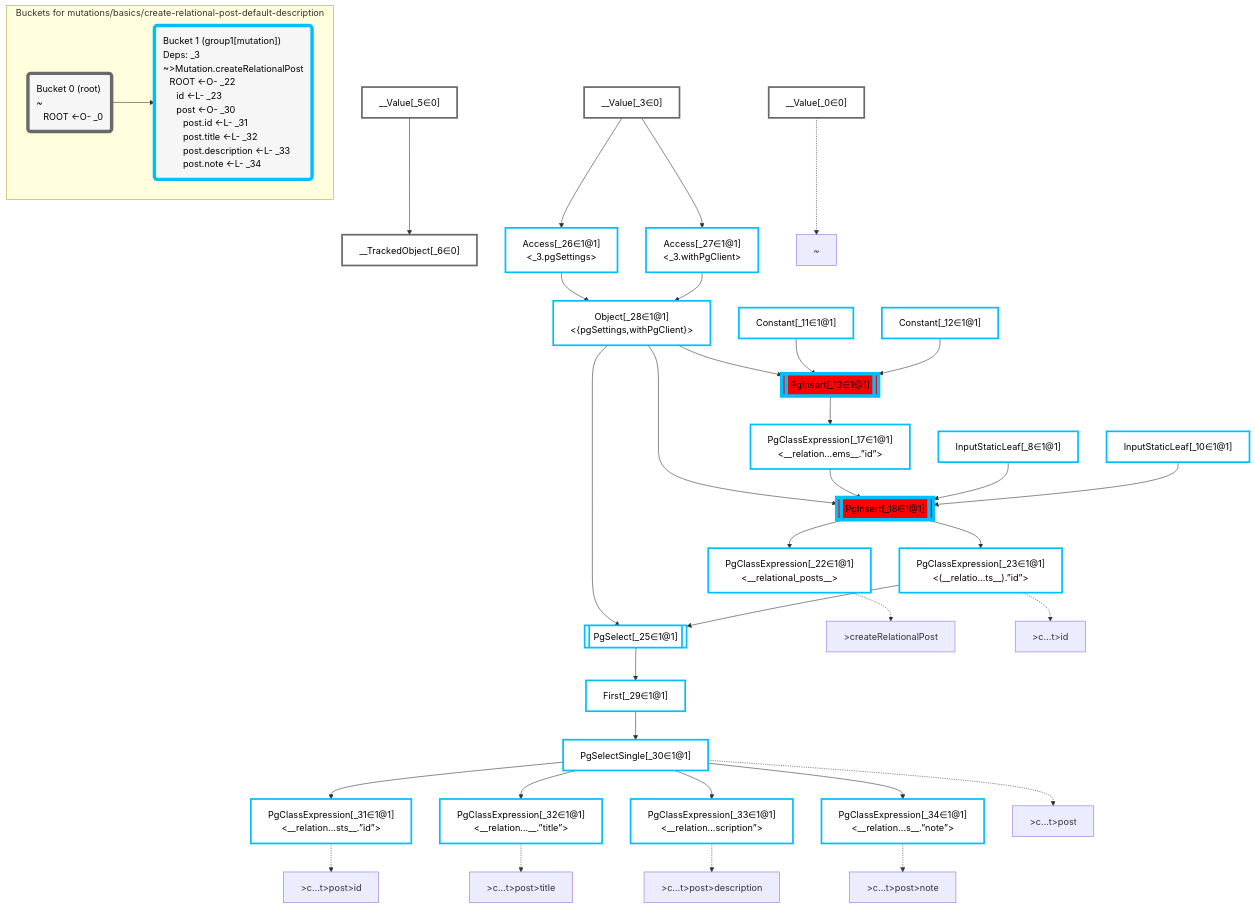
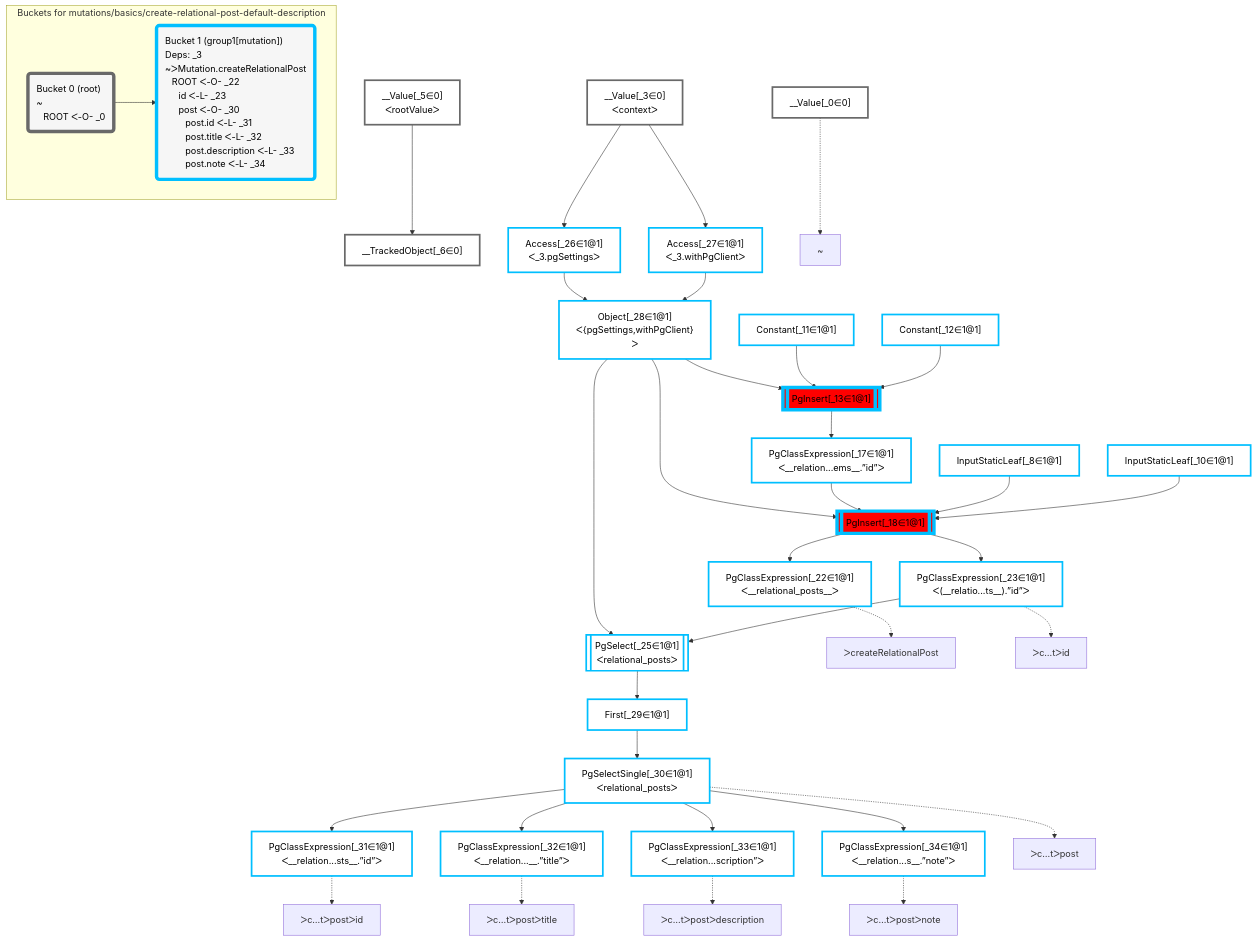
Before and after one commit to graphile/crystal: the diagram in packages/dataplan-pg/__tests__/mutations/basics/create-relational-post-default-description.deopt.mermaid.md, drawn with Mermaid. The commit also changed 195 other files, not shown here.

```diff
--- a/packages/dataplan-pg/__tests__/mutations/basics/create-relational-post-default-description.deopt.mermaid.md
+++ b/packages/dataplan-pg/__tests__/mutations/basics/create-relational-post-default-description.deopt.mermaid.md
@@ -9,28 +9,28 @@
 
     %% define plans
     __Value_0["__Value[_0∈0]"]:::plan
-    __Value_3["__Value[_3∈0]<br /><context>"]:::plan
-    __Value_5["__Value[_5∈0]<br /><rootValue>"]:::plan
+    __Value_3["__Value[_3∈0]<br />ᐸcontextᐳ"]:::plan
+    __Value_5["__Value[_5∈0]<br />ᐸrootValueᐳ"]:::plan
     __TrackedObject_6["__TrackedObject[_6∈0]"]:::plan
     InputStaticLeaf_8["InputStaticLeaf[_8∈1@1]"]:::plan
     InputStaticLeaf_10["InputStaticLeaf[_10∈1@1]"]:::plan
     Constant_11["Constant[_11∈1@1]"]:::plan
     Constant_12["Constant[_12∈1@1]"]:::plan
     PgInsert_13[["PgInsert[_13∈1@1]"]]:::sideeffectplan
-    PgClassExpression_17["PgClassExpression[_17∈1@1]<br /><__relation...ems__.”id”>"]:::plan
+    PgClassExpression_17["PgClassExpression[_17∈1@1]<br />ᐸ__relation...ems__.”id”ᐳ"]:::plan
     PgInsert_18[["PgInsert[_18∈1@1]"]]:::sideeffectplan
-    PgClassExpression_22["PgClassExpression[_22∈1@1]<br /><__relational_posts__>"]:::plan
-    PgClassExpression_23["PgClassExpression[_23∈1@1]<br /><(__relatio...ts__).”id”>"]:::plan
-    PgSelect_25[["PgSelect[_25∈1@1]<br /><relational_posts>"]]:::plan
-    Access_26["Access[_26∈1@1]<br /><_3.pgSettings>"]:::plan
-    Access_27["Access[_27∈1@1]<br /><_3.withPgClient>"]:::plan
-    Object_28["Object[_28∈1@1]<br /><{pgSettings,withPgClient}>"]:::plan
+    PgClassExpression_22["PgClassExpression[_22∈1@1]<br />ᐸ__relational_posts__ᐳ"]:::plan
+    PgClassExpression_23["PgClassExpression[_23∈1@1]<br />ᐸ(__relatio...ts__).”id”ᐳ"]:::plan
+    PgSelect_25[["PgSelect[_25∈1@1]<br />ᐸrelational_postsᐳ"]]:::plan
+    Access_26["Access[_26∈1@1]<br />ᐸ_3.pgSettingsᐳ"]:::plan
+    Access_27["Access[_27∈1@1]<br />ᐸ_3.withPgClientᐳ"]:::plan
+    Object_28["Object[_28∈1@1]<br />ᐸ{pgSettings,withPgClient}ᐳ"]:::plan
     First_29["First[_29∈1@1]"]:::plan
-    PgSelectSingle_30["PgSelectSingle[_30∈1@1]<br /><relational_posts>"]:::plan
-    PgClassExpression_31["PgClassExpression[_31∈1@1]<br /><__relation...sts__.”id”>"]:::plan
-    PgClassExpression_32["PgClassExpression[_32∈1@1]<br /><__relation...__.”title”>"]:::plan
-    PgClassExpression_33["PgClassExpression[_33∈1@1]<br /><__relation...scription”>"]:::plan
-    PgClassExpression_34["PgClassExpression[_34∈1@1]<br /><__relation...s__.”note”>"]:::plan
+    PgSelectSingle_30["PgSelectSingle[_30∈1@1]<br />ᐸrelational_postsᐳ"]:::plan
+    PgClassExpression_31["PgClassExpression[_31∈1@1]<br />ᐸ__relation...sts__.”id”ᐳ"]:::plan
+    PgClassExpression_32["PgClassExpression[_32∈1@1]<br />ᐸ__relation...__.”title”ᐳ"]:::plan
+    PgClassExpression_33["PgClassExpression[_33∈1@1]<br />ᐸ__relation...scription”ᐳ"]:::plan
+    PgClassExpression_34["PgClassExpression[_34∈1@1]<br />ᐸ__relation...s__.”note”ᐳ"]:::plan
 
     %% plan dependencies
     __Value_5 --> __TrackedObject_6
@@ -60,19 +60,19 @@
     %% plan-to-path relationships
     P_0["~"]
     __Value_0 -.-> P_0
-    P_22[">createRelationalPost"]
+    P_22["ᐳcreateRelationalPost"]
     PgClassExpression_22 -.-> P_22
-    P_23[">c…t>id"]
+    P_23["ᐳc…tᐳid"]
     PgClassExpression_23 -.-> P_23
-    P_30[">c…t>post"]
+    P_30["ᐳc…tᐳpost"]
     PgSelectSingle_30 -.-> P_30
-    P_31[">c…t>post>id"]
+    P_31["ᐳc…tᐳpostᐳid"]
     PgClassExpression_31 -.-> P_31
-    P_32[">c…t>post>title"]
+    P_32["ᐳc…tᐳpostᐳtitle"]
     PgClassExpression_32 -.-> P_32
-    P_33[">c…t>post>description"]
+    P_33["ᐳc…tᐳpostᐳdescription"]
     PgClassExpression_33 -.-> P_33
-    P_34[">c…t>post>note"]
+    P_34["ᐳc…tᐳpostᐳnote"]
     PgClassExpression_34 -.-> P_34
 
     %% allocate buckets
@@ -82,9 +82,9 @@
     class InputStaticLeaf_8,InputStaticLeaf_10,Constant_11,Constant_12,PgInsert_13,PgClassExpression_17,PgInsert_18,PgClassExpression_22,PgClassExpression_23,PgSelect_25,Access_26,Access_27,Object_28,First_29,PgSelectSingle_30,PgClassExpression_31,PgClassExpression_32,PgClassExpression_33,PgClassExpression_34 bucket1
 
     subgraph "Buckets for mutations/basics/create-relational-post-default-description"
-    Bucket0("Bucket 0 (root)<br />~<br />⠀ROOT <-O- _0"):::bucket
+    Bucket0("Bucket 0 (root)<br />~<br />⠀ROOT ᐸ-O- _0"):::bucket
     style Bucket0 stroke:#696969
-    Bucket1("Bucket 1 (group1[mutation])<br />Deps: _3<br />~>Mutation.createRelationalPost<br />⠀ROOT <-O- _22<br />⠀⠀id <-L- _23<br />⠀⠀post <-O- _30<br />⠀⠀⠀post.id <-L- _31<br />⠀⠀⠀post.title <-L- _32<br />⠀⠀⠀post.description <-L- _33<br />⠀⠀⠀post.note <-L- _34"):::bucket
+    Bucket1("Bucket 1 (group1[mutation])<br />Deps: _3<br />~ᐳMutation.createRelationalPost<br />⠀ROOT ᐸ-O- _22<br />⠀⠀id ᐸ-L- _23<br />⠀⠀post ᐸ-O- _30<br />⠀⠀⠀post.id ᐸ-L- _31<br />⠀⠀⠀post.title ᐸ-L- _32<br />⠀⠀⠀post.description ᐸ-L- _33<br />⠀⠀⠀post.note ᐸ-L- _34"):::bucket
     style Bucket1 stroke:#00bfff
     Bucket0 --> Bucket1
     end
```
